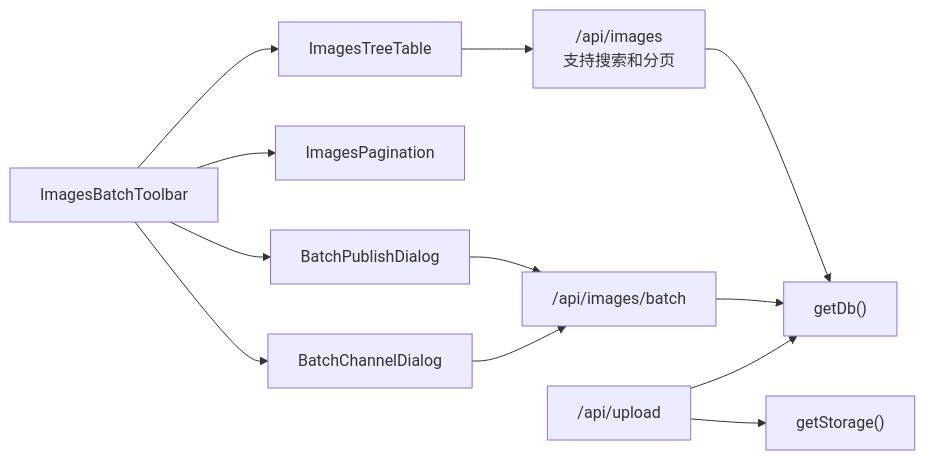
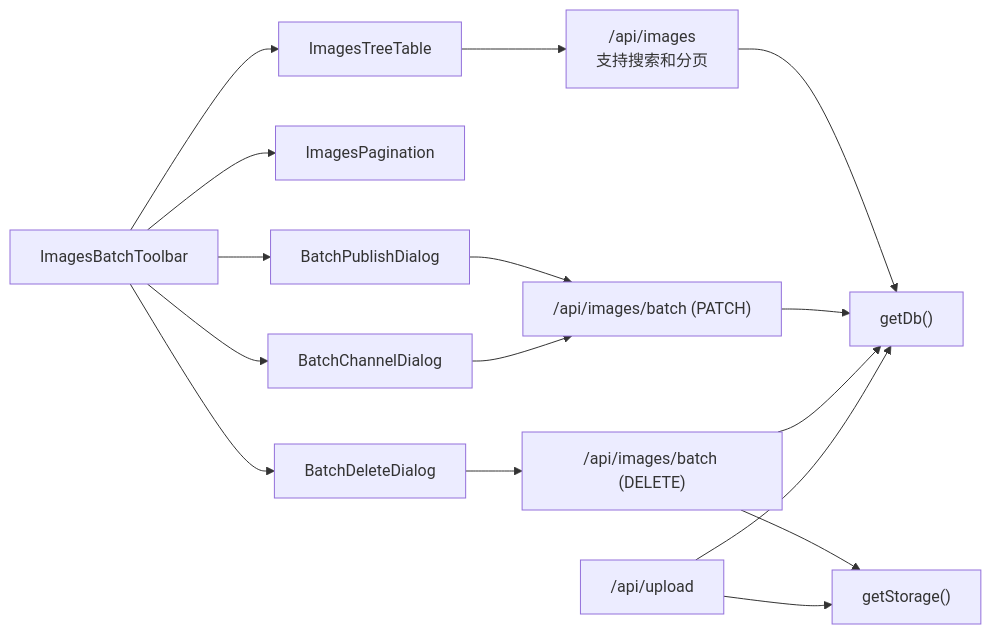
Before and after one commit to pnnh/weable: diagram 16 of 16 in .qoder/repowiki/zh/content/功能特性/图片管理/批量图片管理.md, drawn with Mermaid. The commit also changed other lines of this file and 133 other files, not shown here.

Commit message:
实现基于浏览器自带AI识别图片内容功能

````diff
--- a/.qoder/repowiki/zh/content/功能特性/图片管理/批量图片管理.md
+++ b/.qoder/repowiki/zh/content/功能特性/图片管理/批量图片管理.md
@@ -563,14 +653,18 @@
 ```mermaid
 graph LR
 Toolbar["ImagesBatchToolbar"] --> Table["ImagesTreeTable"]
 Toolbar --> Pagination["ImagesPagination"]
 Toolbar --> PubDlg["BatchPublishDialog"]
 Toolbar --> ChDlg["BatchChannelDialog"]
+Toolbar --> DelDlg["BatchDeleteDialog"]
 Table --> API_IMG["/api/images<br/>支持搜索和分页"]
-PubDlg --> API_BATCH["/api/images/batch"]
-ChDlg --> API_BATCH
+PubDlg --> API_BATCH_PATCH["/api/images/batch (PATCH)"]
+ChDlg --> API_BATCH_PATCH
+DelDlg --> API_BATCH_DELETE["/api/images/batch (DELETE)"]
 API_IMG --> DB["getDb()"]
-API_BATCH --> DB
-API_UPLOAD["/api/upload"] --> STORE["getStorage()"]
+API_BATCH_PATCH --> DB
+API_BATCH_DELETE --> DB
+API_BATCH_DELETE --> STORE["getStorage()"]
+API_UPLOAD["/api/upload"] --> STORE
 API_UPLOAD --> DB
 ```
````
